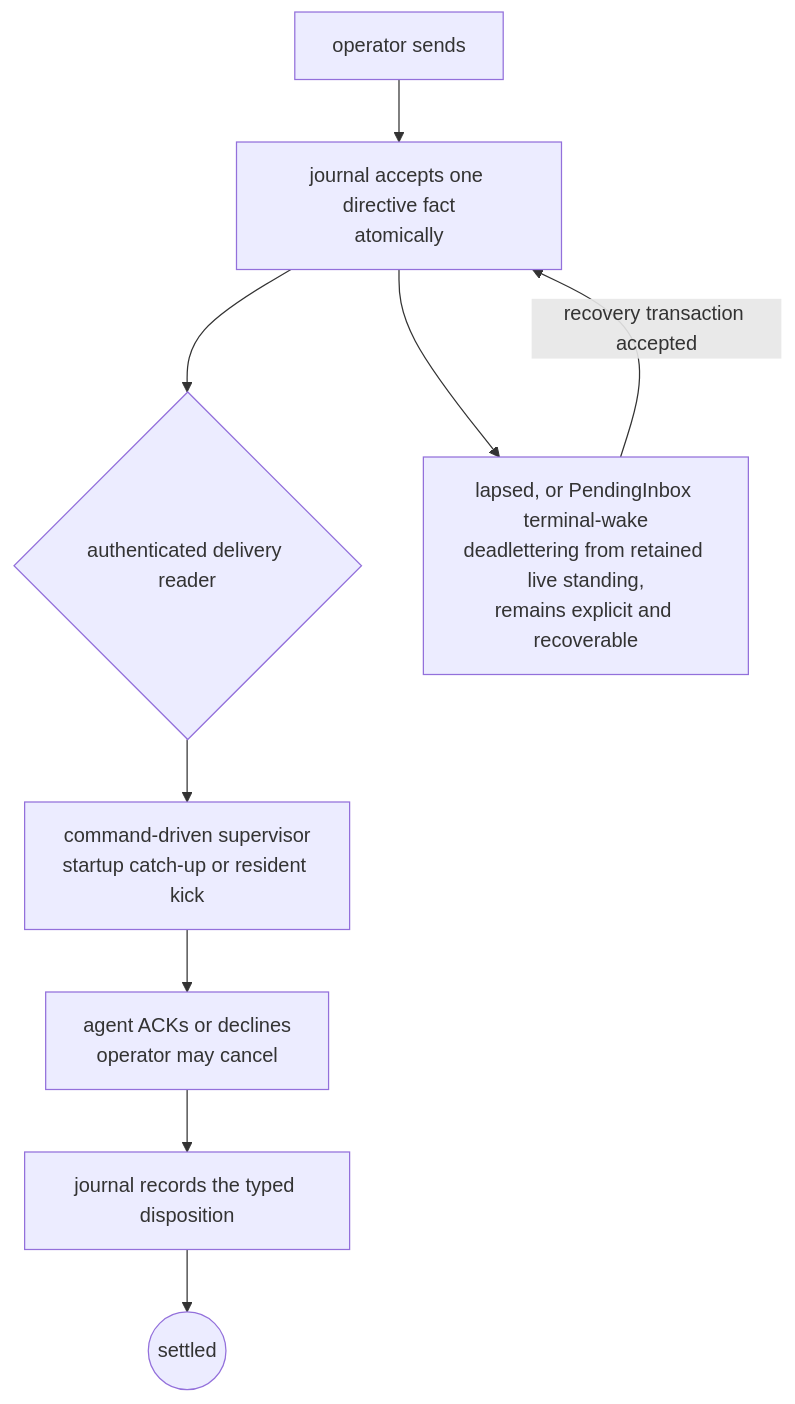
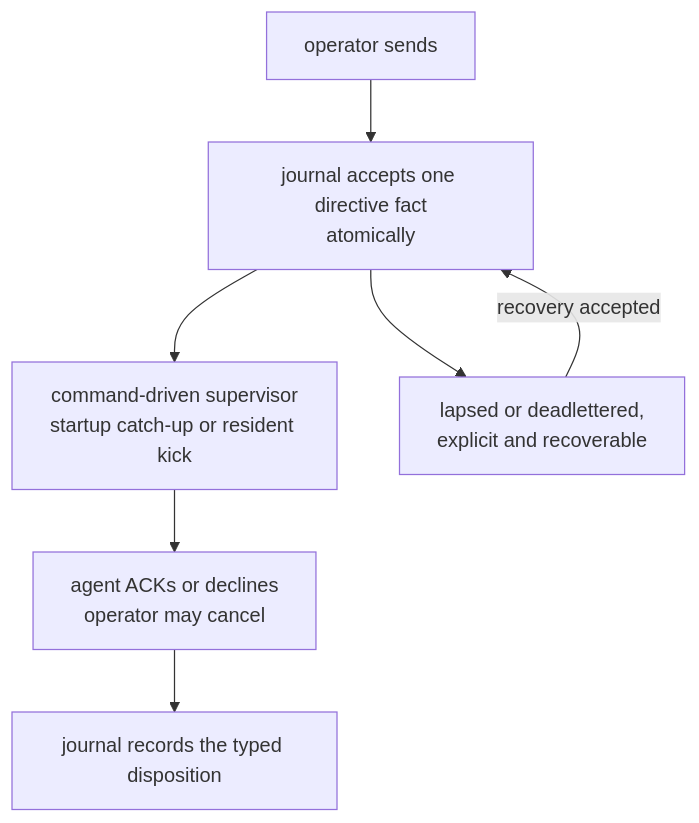
One commit to infimalabs/spice-rust changed the second of 7 diagrams in docs/product/value.md. Above: the diagram before and after it, drawn with Mermaid. The commit also changed other lines of this file and 20 other files, not shown here.

````diff
--- a/docs/product/value.md
+++ b/docs/product/value.md
@@ -41,11 +40,9 @@
 ```mermaid
 flowchart TD
   O["operator sends"] --> J["journal accepts one directive fact<br/>atomically"]
-  J --> B{"authenticated delivery reader"}
-  B --> S["command-driven supervisor<br/>startup catch-up or resident kick"]
+  J --> S["command-driven supervisor<br/>startup catch-up or resident kick"]
   S --> K["agent ACKs or declines<br/>operator may cancel"]
   K --> T["journal records the typed disposition"]
-  T --> E(("settled"))
-  J --> D["lapsed, or PendingInbox terminal-wake<br/>deadlettering from retained live standing,<br/>remains explicit and recoverable"]
-  D -->|"recovery transaction accepted"| J
+  J --> D["lapsed or deadlettered,<br/>explicit and recoverable"]
+  D -->|"recovery accepted"| J
 ```
````
